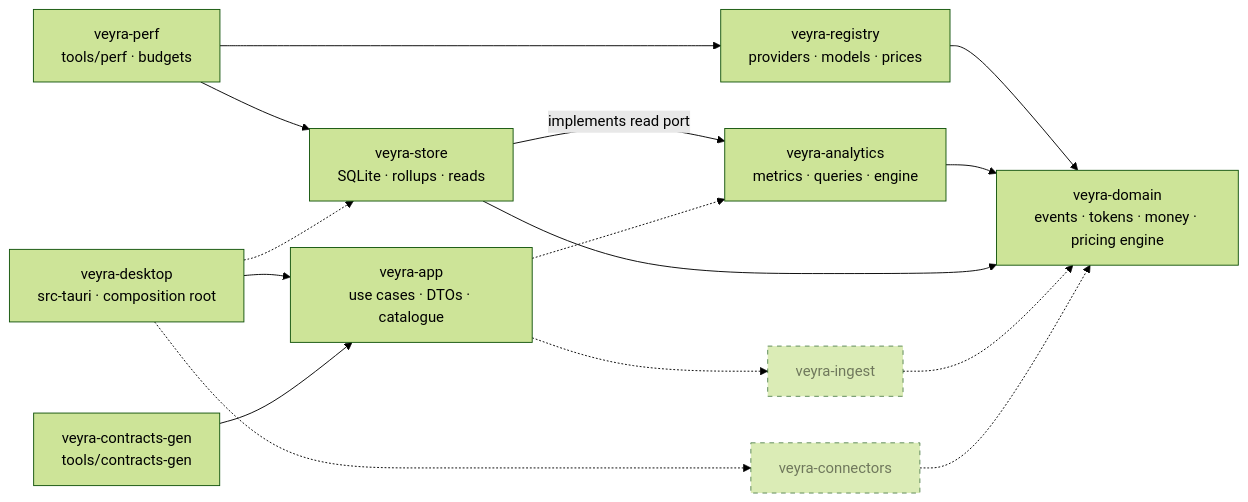
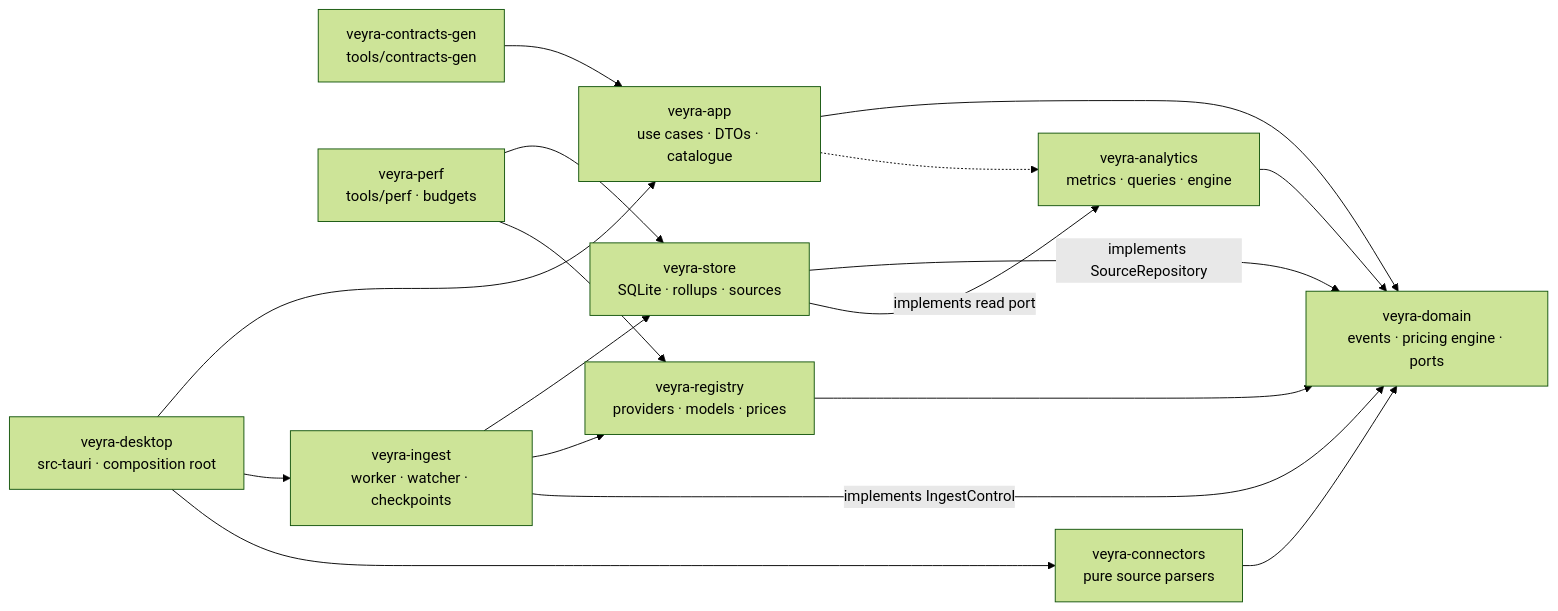
The fifth of 19 diagrams in README.md (akanjb/VEYRA), drawn with Mermaid (forest theme) before and after one commit. The commit also changed other lines of this file and 6 other files, not shown here.

````diff
--- a/README.md
+++ b/README.md
@@ -251,30 +257,30 @@
 ```mermaid
 flowchart LR
   desktop[veyra-desktop<br/>src-tauri · composition root]
   app[veyra-app<br/>use cases · DTOs · catalogue]
   gen[veyra-contracts-gen<br/>tools/contracts-gen]
   perf[veyra-perf<br/>tools/perf · budgets]
-  dom[veyra-domain<br/>events · tokens · money · pricing engine]
+  dom[veyra-domain<br/>events · pricing engine · ports]
   reg[veyra-registry<br/>providers · models · prices]
   ana[veyra-analytics<br/>metrics · queries · engine]
-  sto[veyra-store<br/>SQLite · rollups · reads]
-  con[veyra-connectors]:::planned
-  ing[veyra-ingest]:::planned
+  sto[veyra-store<br/>SQLite · rollups · sources]
+  con[veyra-connectors<br/>pure source parsers]
+  ing[veyra-ingest<br/>worker · watcher · checkpoints]
 
   desktop --> app
+  desktop --> ing
+  desktop --> con
   gen --> app
+  app --> dom
+  ing --> sto
+  ing --> reg
+  ing -->|implements IngestControl| dom
+  con --> dom
+  reg --> dom
+  ana --> dom
+  sto -->|implements SourceRepository| dom
+  sto -->|implements read port| ana
   perf --> sto
   perf --> reg
-  reg --> dom
-  ana --> dom
-  sto --> dom
-  sto -->|implements read port| ana
-  app -.-> ing
   app -.-> ana
-  desktop -.-> sto
-  desktop -.-> con
-  ing -.-> dom
-  con -.-> dom
-
-  classDef planned stroke-dasharray: 5 5,opacity:0.7
 ```
````
